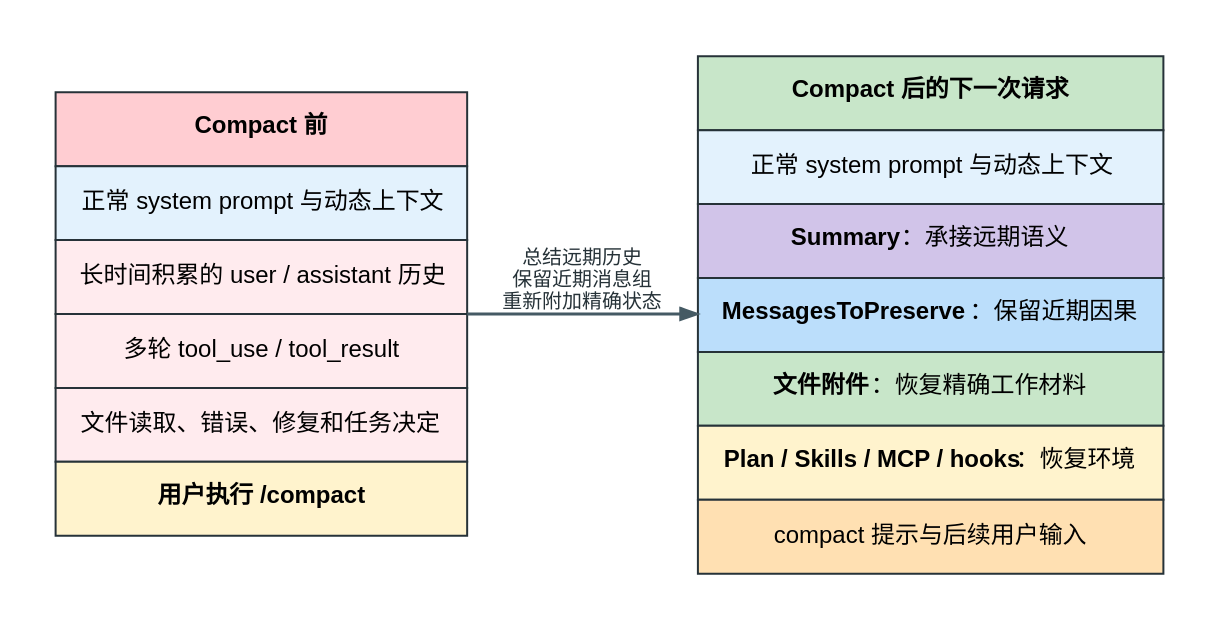
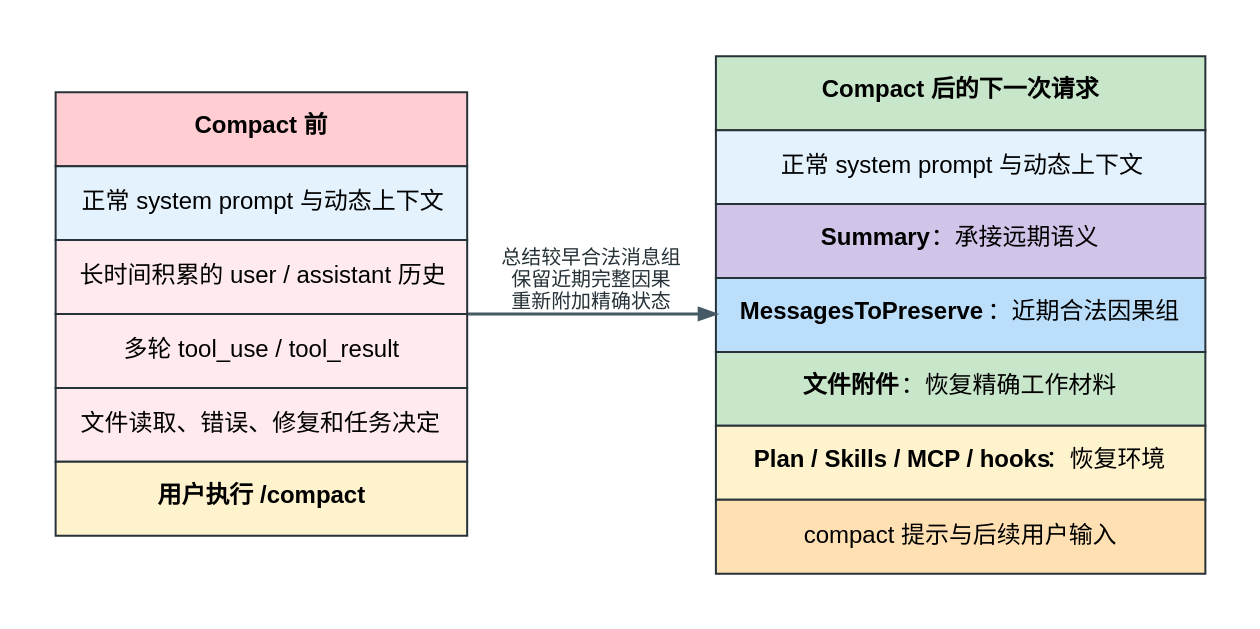
The diagram in analysis/visuals/compact-rebuilt-context.dot (SwallOwDili/claudecodecli-sourcecode), drawn with Graphviz before and after one commit. The commit also changed 36 other files, not shown here.

```diff
--- a/analysis/visuals/compact-rebuilt-context.dot
+++ b/analysis/visuals/compact-rebuilt-context.dot
@@ -1,48 +1,48 @@
 digraph compact_before_after {
   graph [
     rankdir=LR,
     bgcolor="#ffffff",
     pad="0.28",
     nodesep="0.55",
     ranksep="0.50",
     fontname="Arial, PingFang SC, Microsoft YaHei"
   ];
   node [
     shape=plain,
     fontname="Arial, PingFang SC, Microsoft YaHei",
     fontsize=12
   ];
   edge [
     color="#455a64",
     penwidth=1.5,
     arrowsize=0.78,
     fontname="Arial, PingFang SC, Microsoft YaHei",
     fontsize=10,
     fontcolor="#263238"
   ];
 
   before [label=<
     <TABLE BORDER="0" CELLBORDER="1" CELLSPACING="0" CELLPADDING="11" COLOR="#263238">
       <TR><TD BGCOLOR="#ffcdd2"><B>Compact 前</B></TD></TR>
       <TR><TD BGCOLOR="#e3f2fd">正常 system prompt 与动态上下文</TD></TR>
       <TR><TD BGCOLOR="#ffebee">长时间积累的 user / assistant 历史</TD></TR>
       <TR><TD BGCOLOR="#ffebee">多轮 tool_use / tool_result</TD></TR>
       <TR><TD BGCOLOR="#ffebee">文件读取、错误、修复和任务决定</TD></TR>
       <TR><TD BGCOLOR="#fff3cd"><B>用户执行 /compact</B></TD></TR>
     </TABLE>
   >];
 
   after [label=<
     <TABLE BORDER="0" CELLBORDER="1" CELLSPACING="0" CELLPADDING="11" COLOR="#263238">
       <TR><TD BGCOLOR="#c8e6c9"><B>Compact 后的下一次请求</B></TD></TR>
       <TR><TD BGCOLOR="#e3f2fd">正常 system prompt 与动态上下文</TD></TR>
       <TR><TD BGCOLOR="#d1c4e9"><B>Summary</B>：承接远期语义</TD></TR>
-      <TR><TD BGCOLOR="#bbdefb"><B>MessagesToPreserve</B>：保留近期因果</TD></TR>
+      <TR><TD BGCOLOR="#bbdefb"><B>MessagesToPreserve</B>：近期合法因果组</TD></TR>
       <TR><TD BGCOLOR="#c8e6c9"><B>文件附件</B>：恢复精确工作材料</TD></TR>
       <TR><TD BGCOLOR="#fff3cd"><B>Plan / Skills / MCP / hooks</B>：恢复环境</TD></TR>
       <TR><TD BGCOLOR="#ffe0b2">compact 提示与后续用户输入</TD></TR>
     </TABLE>
   >];
 
-  before -> after [label="总结远期历史\n保留近期消息组\n重新附加精确状态"];
+  before -> after [label="总结较早合法消息组\n保留近期完整因果\n重新附加精确状态"];
 }
```
